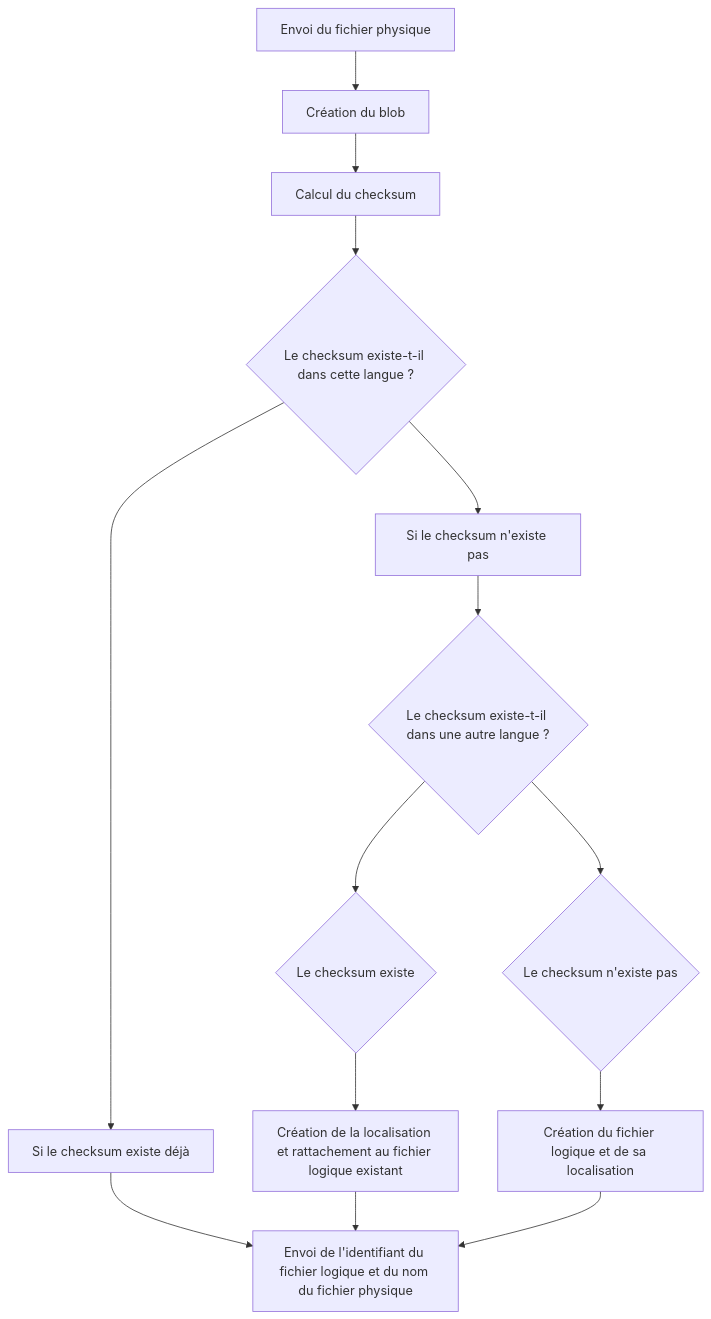
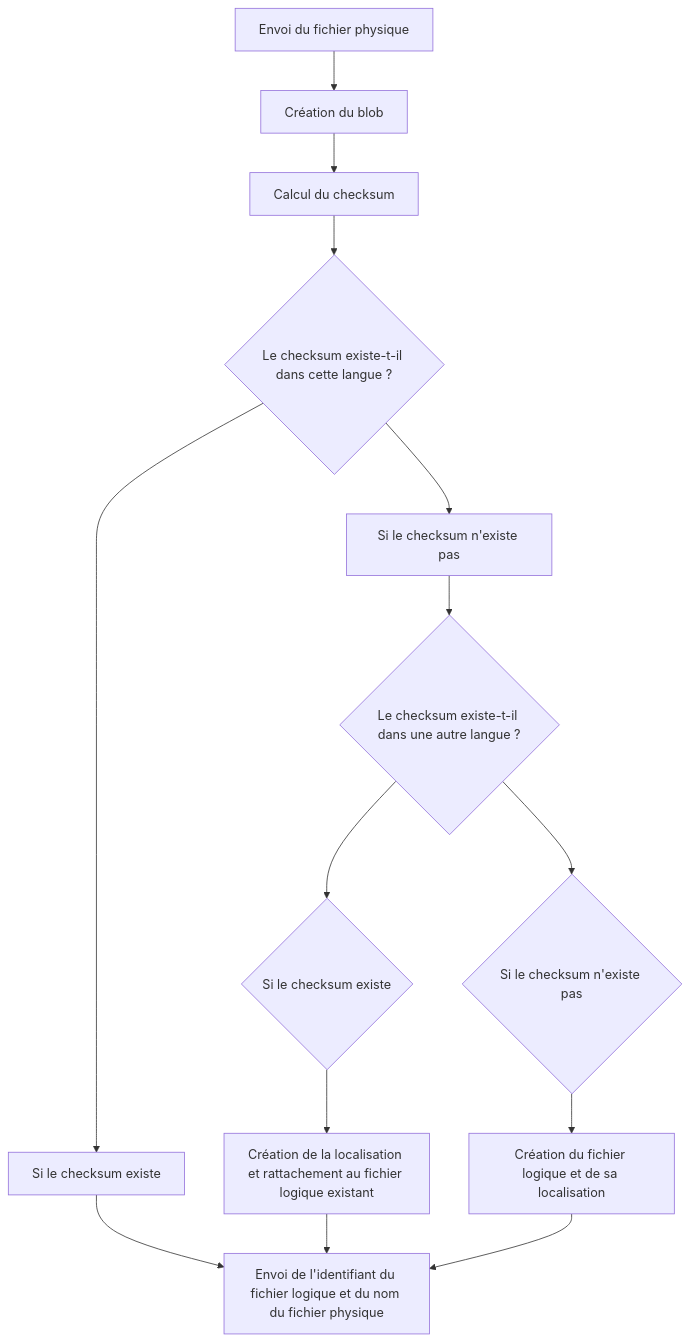
One commit to osunyorg/developers changed the first of 6 diagrams in content/docs/admin/composants/file-library.md. Above: the diagram before and after it, drawn with Mermaid.

Commit message:
adjust schema

````diff
--- a/content/docs/admin/composants/file-library.md
+++ b/content/docs/admin/composants/file-library.md
@@ -47,21 +47,21 @@
 ```mermaid
 graph TD;
   Envoi-->CreationBlob-->ChecksumCalculation-->Checksum
   Checksum-->ChecksumOui-->EnvoiInfos
   Checksum-->ChecksumNon-->ChecksumOtherLanguage
   ChecksumOtherLanguage-->ChecksumOtherLanguageOui-->CreationLoca-->EnvoiInfos
   ChecksumOtherLanguage-->ChecksumOtherLanguageNon-->CreationFichier-->EnvoiInfos
 
   Envoi["Envoi du fichier physique"]
   CreationBlob["Création du blob"]
   ChecksumCalculation["Calcul du checksum"]
   Checksum{"Le checksum existe-t-il dans cette langue ?"}
-  ChecksumOui["Si le checksum existe déjà"]
+  ChecksumOui["Si le checksum existe"]
   ChecksumNon["Si le checksum n'existe pas"]
   ChecksumOtherLanguage{"Le checksum existe-t-il dans une autre langue ?"}
-  ChecksumOtherLanguageOui{"Le checksum existe"}
-  ChecksumOtherLanguageNon{"Le checksum n'existe pas"}
+  ChecksumOtherLanguageOui{"Si le checksum existe"}
+  ChecksumOtherLanguageNon{"Si le checksum n'existe pas"}
   CreationLoca["Création de la localisation et rattachement au fichier logique existant"]
   CreationFichier["Création du fichier logique et de sa localisation"]
   EnvoiInfos["Envoi de l'identifiant du fichier logique et du nom du fichier physique"]
 ```
````
